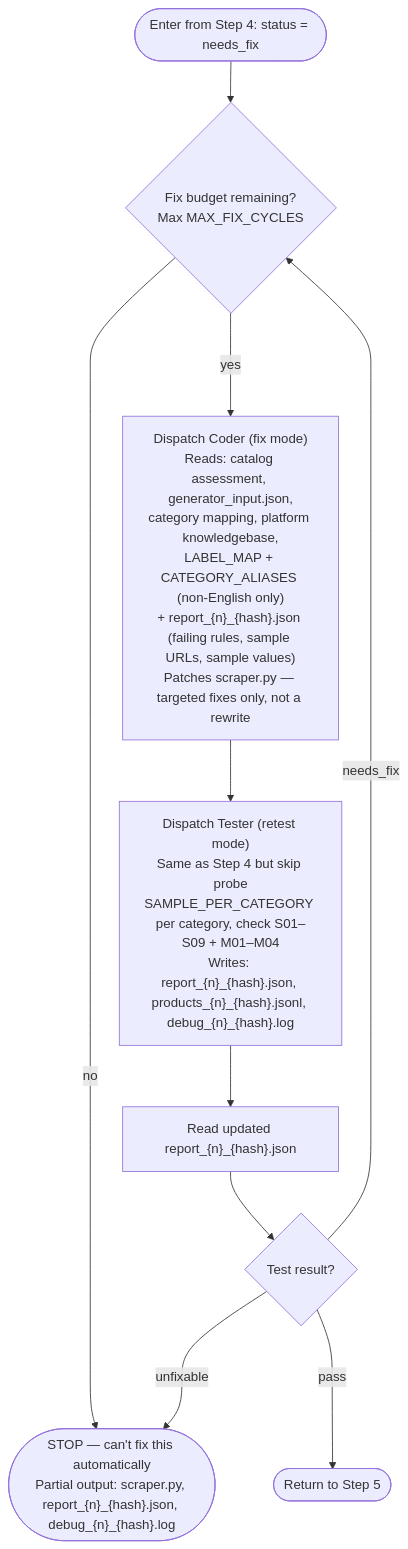
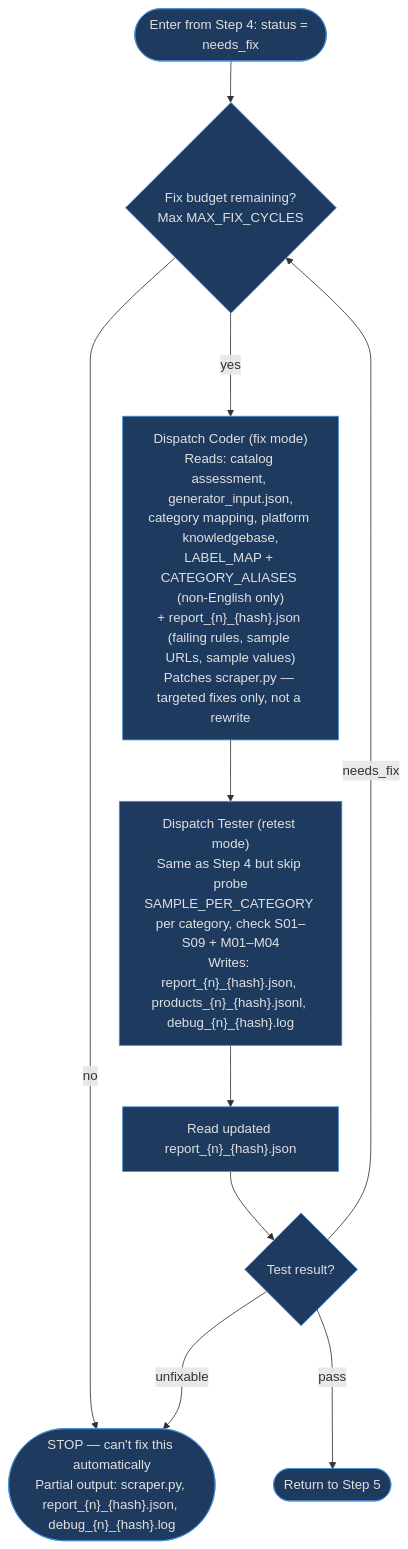
Before and after one commit to oginskis/dark-factory: the third of 3 diagrams in .claude/skills/scraper-generator/references/orchestrator.md, drawn with Mermaid. The commit also changed other lines of this file and 4 other files, not shown here.

First line of the commit message:
Uniform dark-mode colors for all Mermaid diagrams, coder unit-parsing hardening

````diff
--- a/.claude/skills/scraper-generator/references/orchestrator.md
+++ b/.claude/skills/scraper-generator/references/orchestrator.md
@@ -101,13 +103,14 @@
 ```mermaid
 flowchart TD
     START(["Enter from Step 4: status = needs_fix"])
     START --> BUDGET{"Fix budget remaining?<br/>Max MAX_FIX_CYCLES"}
     BUDGET --->|no| ESC(["STOP — can't fix this automatically<br/>Partial output: scraper.py, report_{n}_{hash}.json, debug_{n}_{hash}.log"])
     BUDGET --->|yes| CFIX["Dispatch Coder (fix mode)<br/>Reads: catalog assessment, generator_input.json,<br/>category mapping, platform knowledgebase,<br/>LABEL_MAP + CATEGORY_ALIASES (non-English only)<br/>+ report_{n}_{hash}.json (failing rules, sample URLs, sample values)<br/>Patches scraper.py — targeted fixes only, not a rewrite"]
     CFIX --> RETEST["Dispatch Tester (retest mode)<br/>Same as Step 4 but skip probe<br/>SAMPLE_PER_CATEGORY per category, check S01–S09 + M01–M04<br/>Writes: report_{n}_{hash}.json, products_{n}_{hash}.jsonl, debug_{n}_{hash}.log"]
     RETEST --> REREAD["Read updated report_{n}_{hash}.json"]
     REREAD --> RESTATUS{"Test result?"}
     RESTATUS --->|pass| DONE(["Return to Step 5"])
     RESTATUS --->|needs_fix| BUDGET
     RESTATUS --->|unfixable| ESC
+    classDef default fill:#1e3a5f,stroke:#4a90d9,color:#e0e0e0
 ```
````
